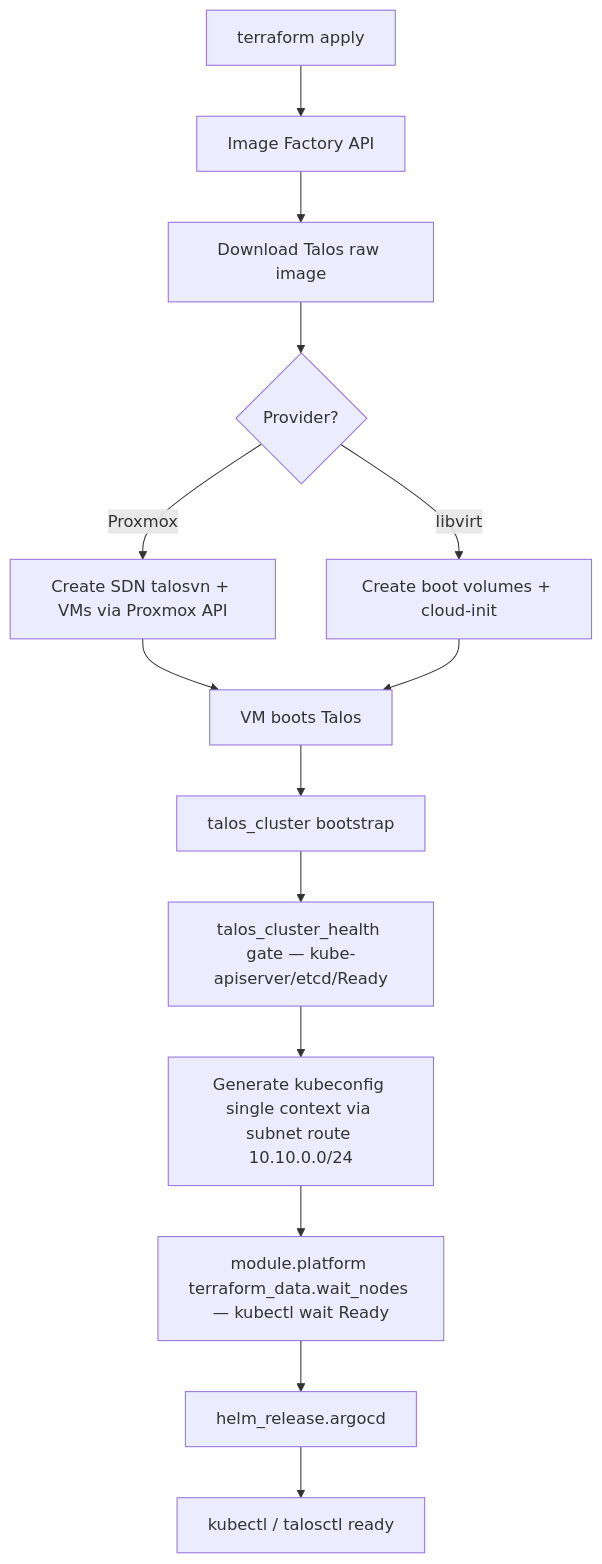
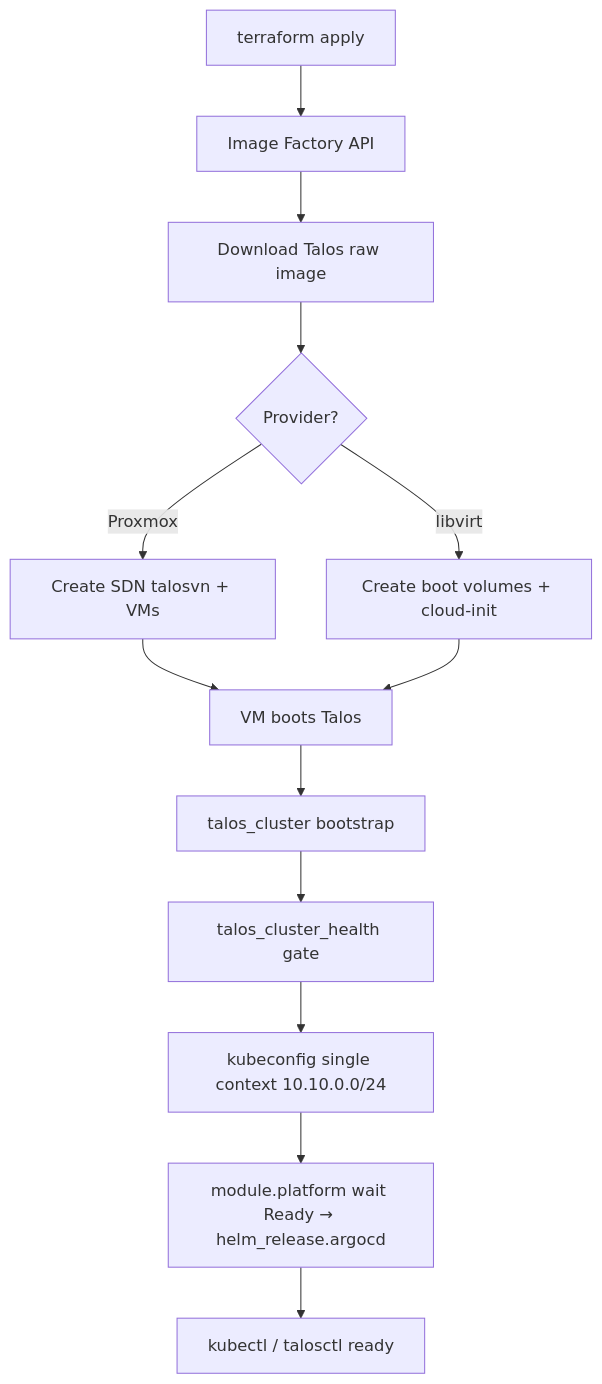
Before and after one commit to Seom88/infra-talos-homelab: the diagram in README.md, drawn with Mermaid. The commit also changed other lines of this file and 36 other files, not shown here.

First line of the commit message:
Docs: Refactor and clean up Terraform module for Talos and Proxmox

````diff
--- a/README.md
+++ b/README.md
@@ -108,19 +73,15 @@
 ```mermaid
 flowchart TD
     A[terraform apply] --> B[Image Factory API]
     B --> C[Download Talos raw image]
     C --> D{Provider?}
-
-    D -->|Proxmox| E[Create SDN talosvn + VMs via Proxmox API]
+    D -->|Proxmox| E[Create SDN talosvn + VMs]
     D -->|libvirt| F[Create boot volumes + cloud-init]
-
     E --> G[VM boots Talos]
     F --> G
-
     G --> H[talos_cluster bootstrap]
-    H --> I[talos_cluster_health gate — kube-apiserver/etcd/Ready]
-    I --> J[Generate kubeconfig single context via subnet route 10.10.0.0/24]
-    J --> K[module.platform terraform_data.wait_nodes — kubectl wait Ready]
-    K --> L[helm_release.argocd]
-    L --> M[kubectl / talosctl ready]
+    H --> I[talos_cluster_health gate]
+    I --> J[kubeconfig single context 10.10.0.0/24]
+    J --> K[module.platform wait Ready → helm_release.argocd]
+    K --> L[kubectl / talosctl ready]
 ```
````
